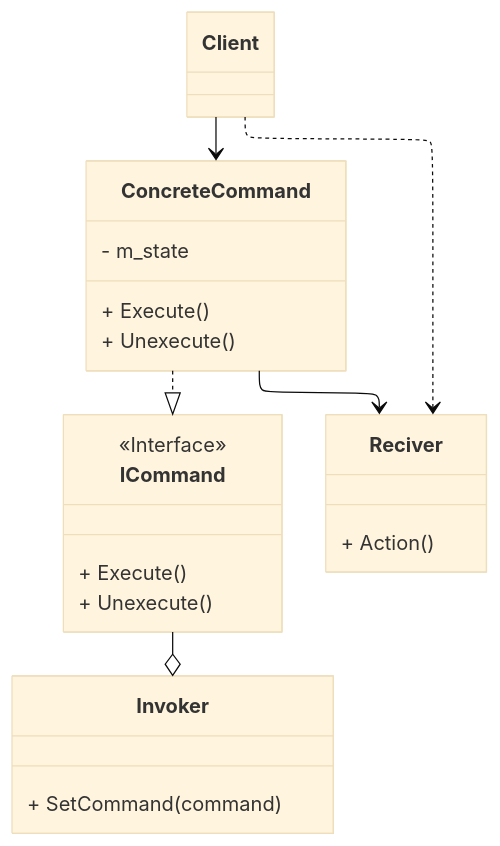
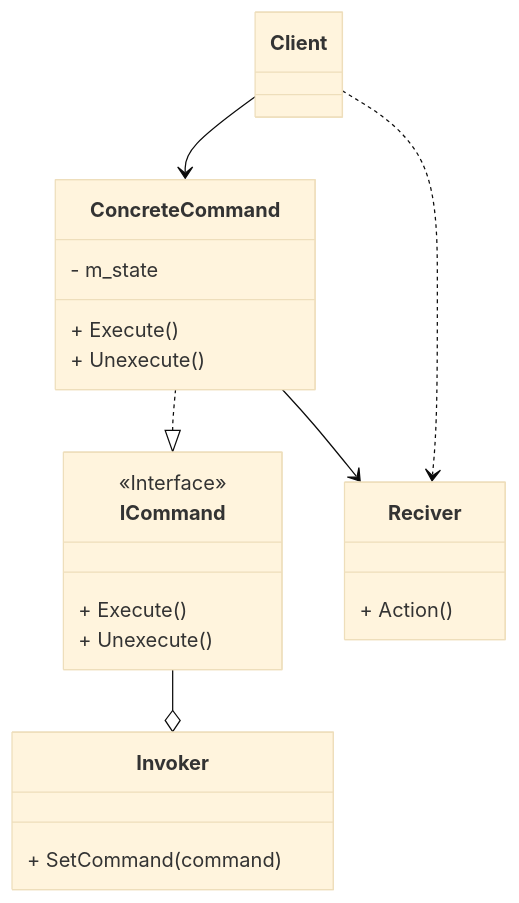
Before and after one commit to GenomOfEvolution/ood: the diagram in lw5/README.md, drawn with Mermaid (base theme).

Commit message:
fixed diagram

````diff
--- a/lw5/README.md
+++ b/lw5/README.md
@@ -39,30 +39,26 @@
 ```mermaid
----
-config:
-  layout: elk
----
 classDiagram 
     class Client {
     }
     class Invoker {
         + SetCommand(command)
     }
     class ICommand {
         <<Interface>>
         + Execute()
         + Unexecute()
     }
     class ConcreteCommand {
         + Execute()
         + Unexecute()
         - m_state
     }
     class Reciver {
         + Action()
     }
     Client-->ConcreteCommand
     Client..>Reciver
     ConcreteCommand..|>ICommand
     ConcreteCommand-->Reciver
     ICommand --o Invoker
 ```
````
